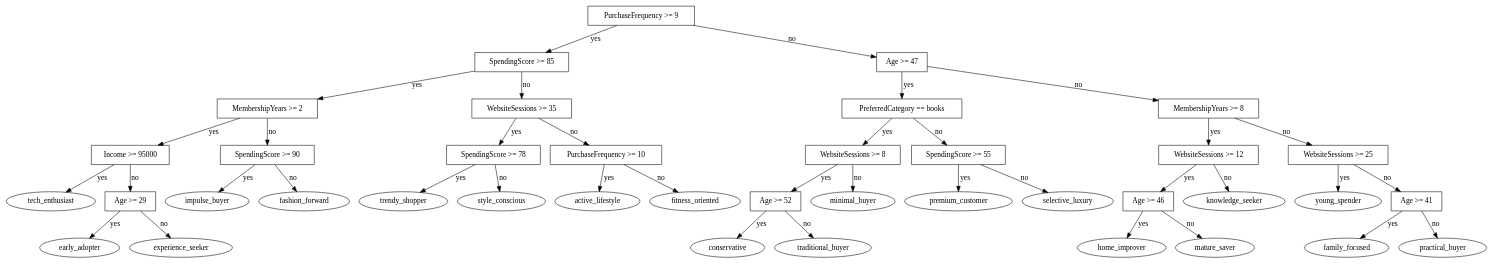
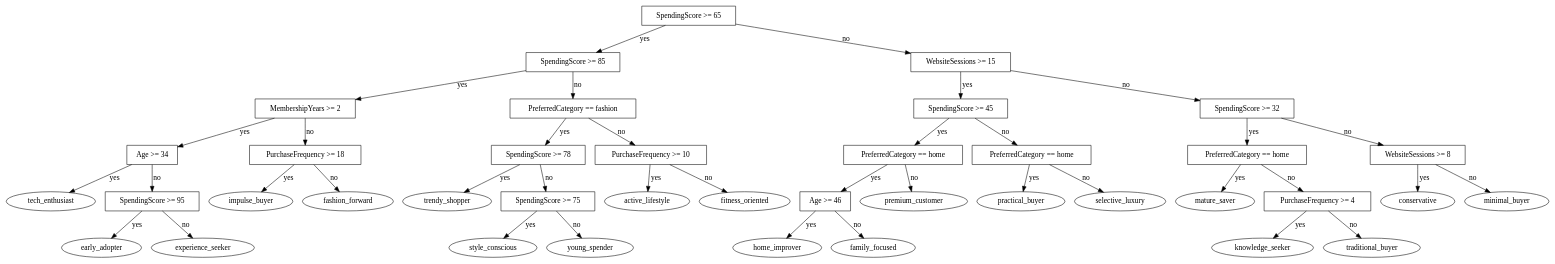
The diagram in visualizations/customer.dot (kerneldump/dtree), drawn with Graphviz before and after one commit. The commit also changed 3 other files, not shown here.

```diff
--- a/visualizations/customer.dot
+++ b/visualizations/customer.dot
@@ -1,80 +1,80 @@
 digraph dtree {
   node [shape=box];
-  n1 [label="PurchaseFrequency >= 9"];
+  n1 [label="SpendingScore >= 65"];
   n2 [label="SpendingScore >= 85"];
   n3 [label="MembershipYears >= 2"];
-  n4 [label="Income >= 95000"];
+  n4 [label="Age >= 34"];
   n5 [label="tech_enthusiast", shape=oval];
-  n6 [label="Age >= 29"];
+  n6 [label="SpendingScore >= 95"];
   n7 [label="early_adopter", shape=oval];
   n8 [label="experience_seeker", shape=oval];
   n6 -> n7 [label="yes"];
   n6 -> n8 [label="no"];
   n4 -> n5 [label="yes"];
   n4 -> n6 [label="no"];
-  n9 [label="SpendingScore >= 90"];
+  n9 [label="PurchaseFrequency >= 18"];
   n10 [label="impulse_buyer", shape=oval];
   n11 [label="fashion_forward", shape=oval];
   n9 -> n10 [label="yes"];
   n9 -> n11 [label="no"];
   n3 -> n4 [label="yes"];
   n3 -> n9 [label="no"];
-  n12 [label="WebsiteSessions >= 35"];
+  n12 [label="PreferredCategory == fashion"];
   n13 [label="SpendingScore >= 78"];
   n14 [label="trendy_shopper", shape=oval];
-  n15 [label="style_conscious", shape=oval];
+  n15 [label="SpendingScore >= 75"];
+  n16 [label="style_conscious", shape=oval];
+  n17 [label="young_spender", shape=oval];
+  n15 -> n16 [label="yes"];
+  n15 -> n17 [label="no"];
   n13 -> n14 [label="yes"];
   n13 -> n15 [label="no"];
-  n16 [label="PurchaseFrequency >= 10"];
-  n17 [label="active_lifestyle", shape=oval];
-  n18 [label="fitness_oriented", shape=oval];
-  n16 -> n17 [label="yes"];
-  n16 -> n18 [label="no"];
+  n18 [label="PurchaseFrequency >= 10"];
+  n19 [label="active_lifestyle", shape=oval];
+  n20 [label="fitness_oriented", shape=oval];
+  n18 -> n19 [label="yes"];
+  n18 -> n20 [label="no"];
   n12 -> n13 [label="yes"];
-  n12 -> n16 [label="no"];
+  n12 -> n18 [label="no"];
   n2 -> n3 [label="yes"];
   n2 -> n12 [label="no"];
-  n19 [label="Age >= 47"];
-  n20 [label="PreferredCategory == books"];
-  n21 [label="WebsiteSessions >= 8"];
-  n22 [label="Age >= 52"];
-  n23 [label="conservative", shape=oval];
-  n24 [label="traditional_buyer", shape=oval];
+  n21 [label="WebsiteSessions >= 15"];
+  n22 [label="SpendingScore >= 45"];
+  n23 [label="PreferredCategory == home"];
+  n24 [label="Age >= 46"];
+  n25 [label="home_improver", shape=oval];
+  n26 [label="family_focused", shape=oval];
+  n24 -> n25 [label="yes"];
+  n24 -> n26 [label="no"];
+  n27 [label="premium_customer", shape=oval];
+  n23 -> n24 [label="yes"];
+  n23 -> n27 [label="no"];
+  n28 [label="PreferredCategory == home"];
+  n29 [label="practical_buyer", shape=oval];
+  n30 [label="selective_luxury", shape=oval];
+  n28 -> n29 [label="yes"];
+  n28 -> n30 [label="no"];
   n22 -> n23 [label="yes"];
-  n22 -> n24 [label="no"];
-  n25 [label="minimal_buyer", shape=oval];
-  n21 -> n22 [label="yes"];
-  n21 -> n25 [label="no"];
-  n26 [label="SpendingScore >= 55"];
-  n27 [label="premium_customer", shape=oval];
-  n28 [label="selective_luxury", shape=oval];
-  n26 -> n27 [label="yes"];
-  n26 -> n28 [label="no"];
-  n20 -> n21 [label="yes"];
-  n20 -> n26 [label="no"];
-  n29 [label="MembershipYears >= 8"];
-  n30 [label="WebsiteSessions >= 12"];
-  n31 [label="Age >= 46"];
-  n32 [label="home_improver", shape=oval];
+  n22 -> n28 [label="no"];
+  n31 [label="SpendingScore >= 32"];
+  n32 [label="PreferredCategory == home"];
   n33 [label="mature_saver", shape=oval];
-  n31 -> n32 [label="yes"];
-  n31 -> n33 [label="no"];
-  n34 [label="knowledge_seeker", shape=oval];
-  n30 -> n31 [label="yes"];
-  n30 -> n34 [label="no"];
-  n35 [label="WebsiteSessions >= 25"];
-  n36 [label="young_spender", shape=oval];
-  n37 [label="Age >= 41"];
-  n38 [label="family_focused", shape=oval];
-  n39 [label="practical_buyer", shape=oval];
+  n34 [label="PurchaseFrequency >= 4"];
+  n35 [label="knowledge_seeker", shape=oval];
+  n36 [label="traditional_buyer", shape=oval];
+  n34 -> n35 [label="yes"];
+  n34 -> n36 [label="no"];
+  n32 -> n33 [label="yes"];
+  n32 -> n34 [label="no"];
+  n37 [label="WebsiteSessions >= 8"];
+  n38 [label="conservative", shape=oval];
+  n39 [label="minimal_buyer", shape=oval];
   n37 -> n38 [label="yes"];
   n37 -> n39 [label="no"];
-  n35 -> n36 [label="yes"];
-  n35 -> n37 [label="no"];
-  n29 -> n30 [label="yes"];
-  n29 -> n35 [label="no"];
-  n19 -> n20 [label="yes"];
-  n19 -> n29 [label="no"];
+  n31 -> n32 [label="yes"];
+  n31 -> n37 [label="no"];
+  n21 -> n22 [label="yes"];
+  n21 -> n31 [label="no"];
   n1 -> n2 [label="yes"];
-  n1 -> n19 [label="no"];
+  n1 -> n21 [label="no"];
 }
```
